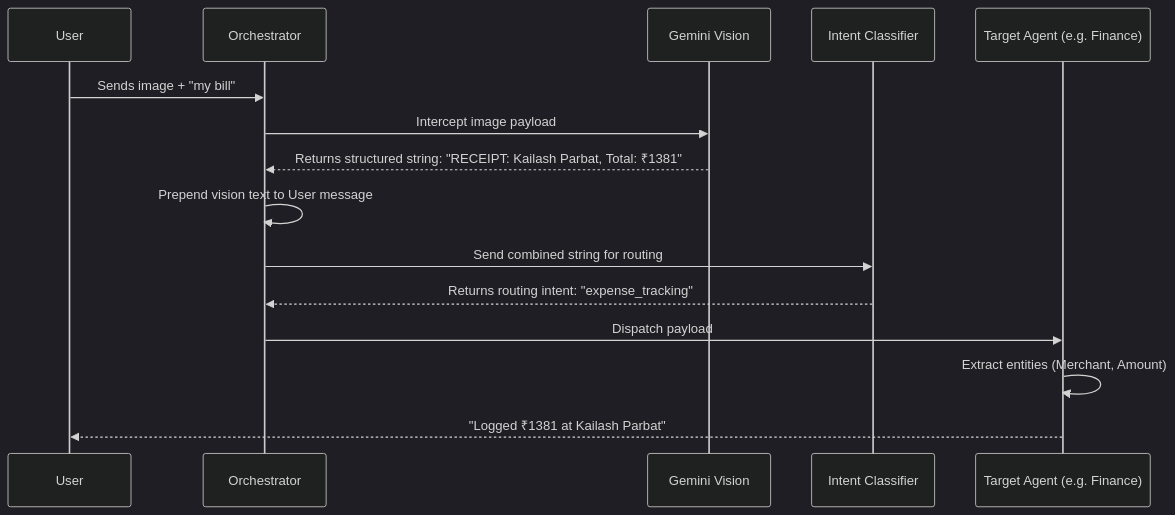
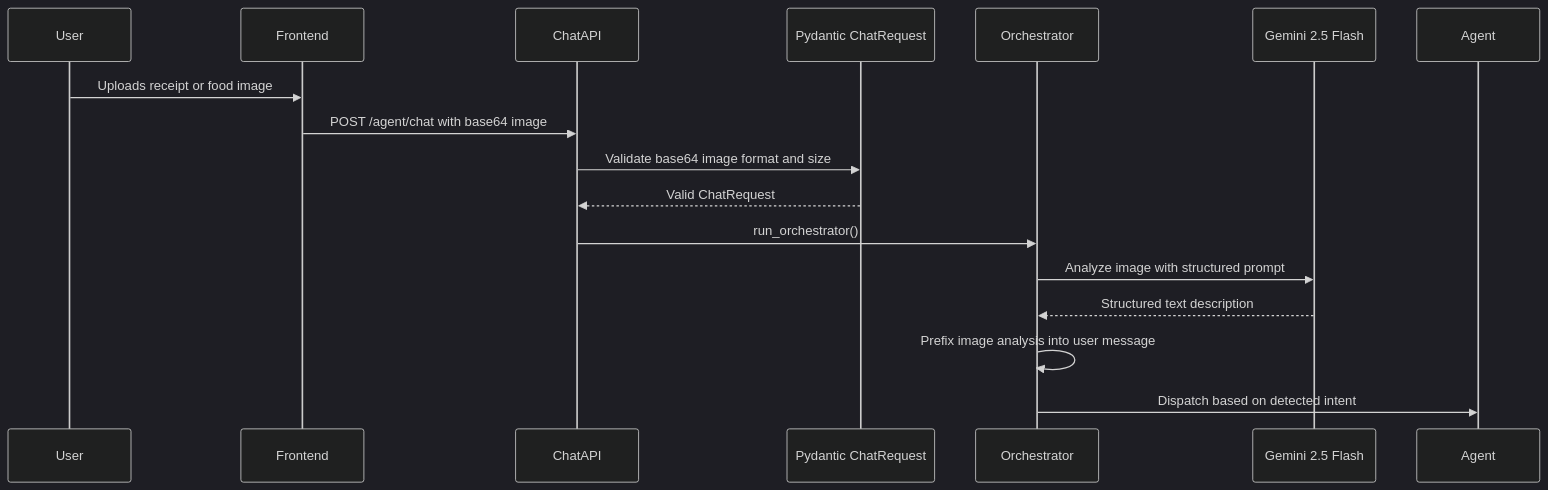
The third of 5 diagrams in ARCHITECTURE.md (mangalgithub/jarvis), drawn with Mermaid (dark theme) before and after one commit. The commit also changed other lines of this file, not shown here.

Commit message:
doc/updated architecture.md

````diff
--- a/ARCHITECTURE.md
+++ b/ARCHITECTURE.md
@@ -82,18 +727,20 @@
 ```mermaid
 sequenceDiagram
     participant User
-    participant Orch as Orchestrator
-    participant Vision as Gemini Vision
-    participant Intent as Intent Classifier
-    participant Agent as Target Agent (e.g. Finance)
+    participant Frontend
+    participant ChatAPI
+    participant Schema as Pydantic ChatRequest
+    participant Orchestrator
+    participant Gemini as Gemini 2.5 Flash
+    participant Agent
 
-    User->>Orch: Sends image + "my bill"
-    Orch->>Vision: Intercept image payload
-    Vision-->>Orch: Returns structured string: "RECEIPT: Kailash Parbat, Total: ₹1381"
-    Orch->>Orch: Prepend vision text to User message
-    Orch->>Intent: Send combined string for routing
-    Intent-->>Orch: Returns routing intent: "expense_tracking"
-    Orch->>Agent: Dispatch payload
-    Agent->>Agent: Extract entities (Merchant, Amount)
-    Agent-->>User: "Logged ₹1381 at Kailash Parbat"
+    User->>Frontend: Uploads receipt or food image
+    Frontend->>ChatAPI: POST /agent/chat with base64 image
+    ChatAPI->>Schema: Validate base64 image format and size
+    Schema-->>ChatAPI: Valid ChatRequest
+    ChatAPI->>Orchestrator: run_orchestrator()
+    Orchestrator->>Gemini: Analyze image with structured prompt
+    Gemini-->>Orchestrator: Structured text description
+    Orchestrator->>Orchestrator: Prefix image analysis into user message
+    Orchestrator->>Agent: Dispatch based on detected intent
 ```
````
